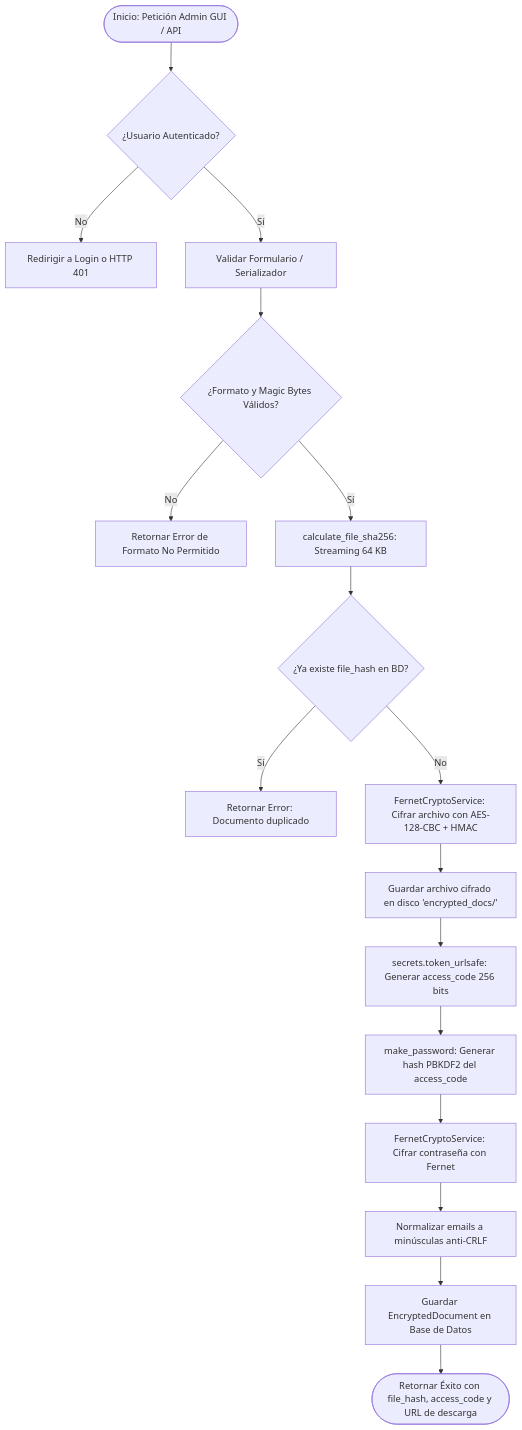
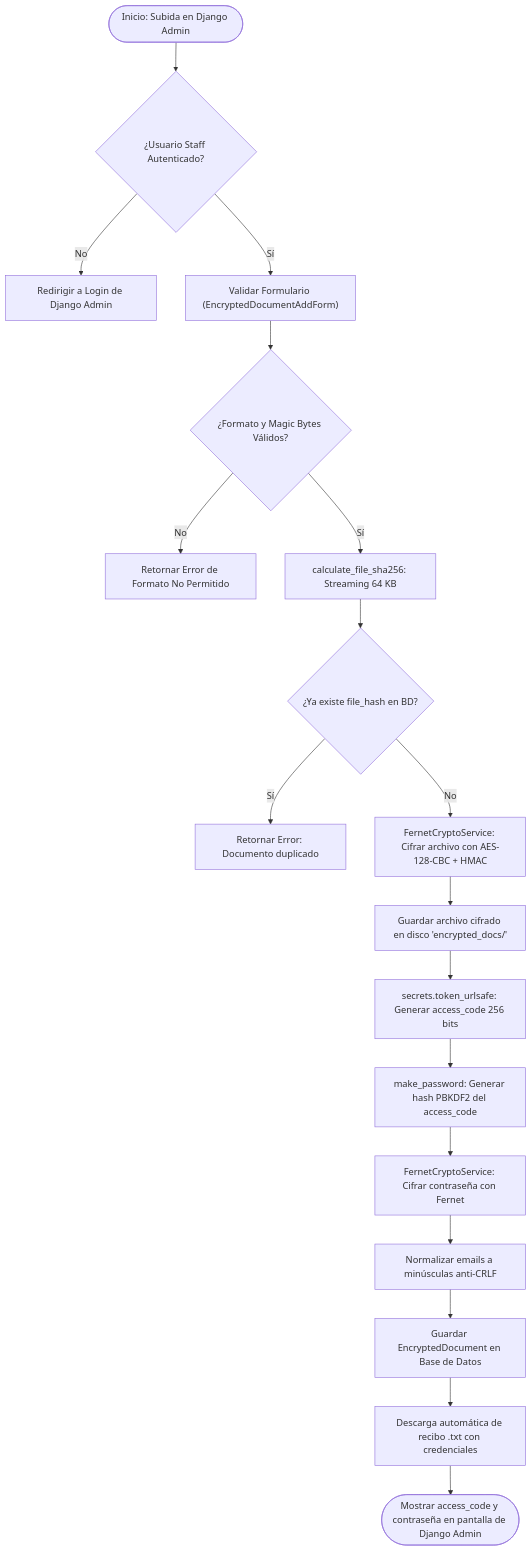
The first of 4 diagrams in docs/ARCHITECTURE.md (jrubioh1/Freedec), drawn with Mermaid before and after one commit. The commit also changed other lines of this file and 9 other files, not shown here.

First line of the commit message:
feat: sincronizar documentación con Django Admin, corregir inlines y añadir workflow CI

````diff
--- a/docs/ARCHITECTURE.md
+++ b/docs/ARCHITECTURE.md
@@ -58,19 +60,20 @@
 ```mermaid
 flowchart TD
-    A(["Inicio: Petición Admin GUI / API"]) --> B{"¿Usuario Autenticado?"}
-    B -- "No" --> C["Redirigir a Login o HTTP 401"]
-    B -- "Sí" --> D["Validar Formulario / Serializador"]
+    A(["Inicio: Subida en Django Admin"]) --> B{"¿Usuario Staff Autenticado?"}
+    B -- "No" --> C["Redirigir a Login de Django Admin"]
+    B -- "Sí" --> D["Validar Formulario (EncryptedDocumentAddForm)"]
     D --> E{"¿Formato y Magic Bytes Válidos?"}
     E -- "No" --> F["Retornar Error de Formato No Permitido"]
     E -- "Sí" --> G["calculate_file_sha256: Streaming 64 KB"]
     G --> H{"¿Ya existe file_hash en BD?"}
     H -- "Sí" --> I["Retornar Error: Documento duplicado"]
     H -- "No" --> J["FernetCryptoService: Cifrar archivo con AES-128-CBC + HMAC"]
     J --> K["Guardar archivo cifrado en disco 'encrypted_docs/'"]
     K --> L["secrets.token_urlsafe: Generar access_code 256 bits"]
     L --> M["make_password: Generar hash PBKDF2 del access_code"]
     M --> N["FernetCryptoService: Cifrar contraseña con Fernet"]
     N --> O["Normalizar emails a minúsculas anti-CRLF"]
     O --> P["Guardar EncryptedDocument en Base de Datos"]
-    P --> Q(["Retornar Éxito con file_hash, access_code y URL de descarga"])
+    P --> Q["Descarga automática de recibo .txt con credenciales"]
+    Q --> R(["Mostrar access_code y contraseña en pantalla de Django Admin"])
 ```
````
